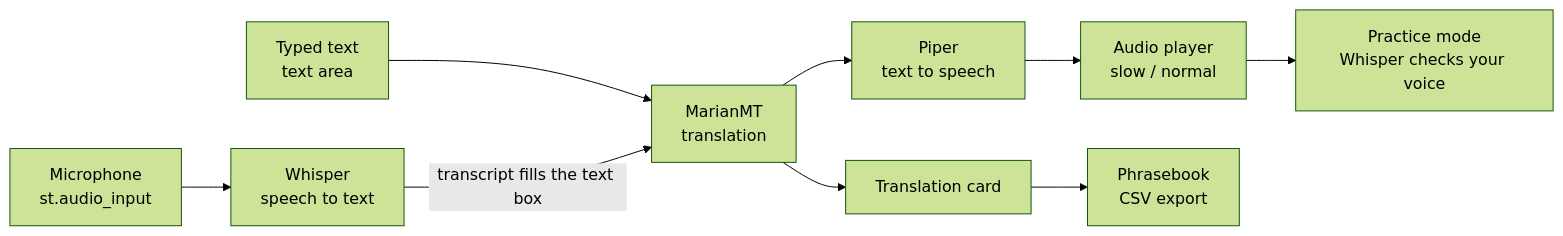
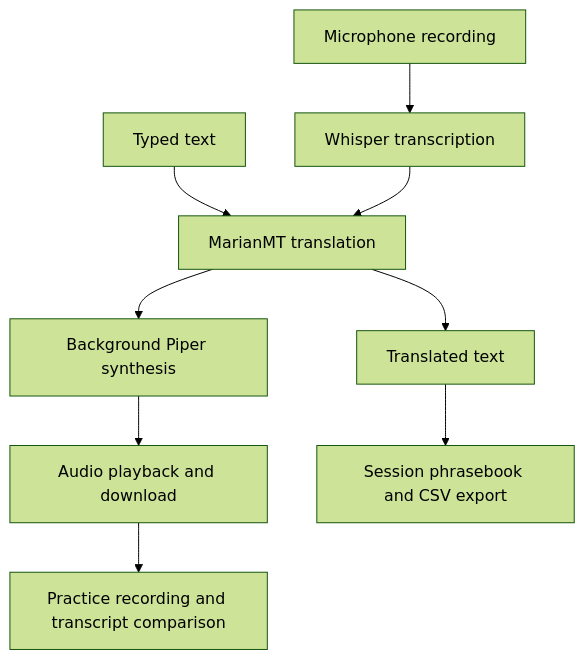
One commit to aathiabhishek/linguaflow-speech-translation changed the first of 2 diagrams in README.md. Above: the diagram before and after it, drawn with Mermaid (forest theme). The commit also changed other lines of this file, not shown here.

````diff
--- a/README.md
+++ b/README.md
@@ -45,11 +54,11 @@
 ```mermaid
-flowchart LR
-    A[Microphone<br/>st.audio_input] --> B[Whisper<br/>speech to text]
-    T[Typed text<br/>text area] --> C
-    B -->|transcript fills the text box| C[MarianMT<br/>translation]
-    C --> D[Piper<br/>text to speech]
-    D --> E[Audio player<br/>slow / normal]
-    C --> F[Translation card]
-    E --> G[Practice mode<br/>Whisper checks your voice]
-    F --> H[Phrasebook<br/>CSV export]
+flowchart TD
+    A[Microphone recording] --> B[Whisper transcription]
+    T[Typed text] --> C[MarianMT translation]
+    B --> C
+    C --> F[Translated text]
+    C --> D[Background Piper synthesis]
+    D --> E[Audio playback and download]
+    F --> H[Session phrasebook and CSV export]
+    E --> G[Practice recording and transcript comparison]
 ```
````
